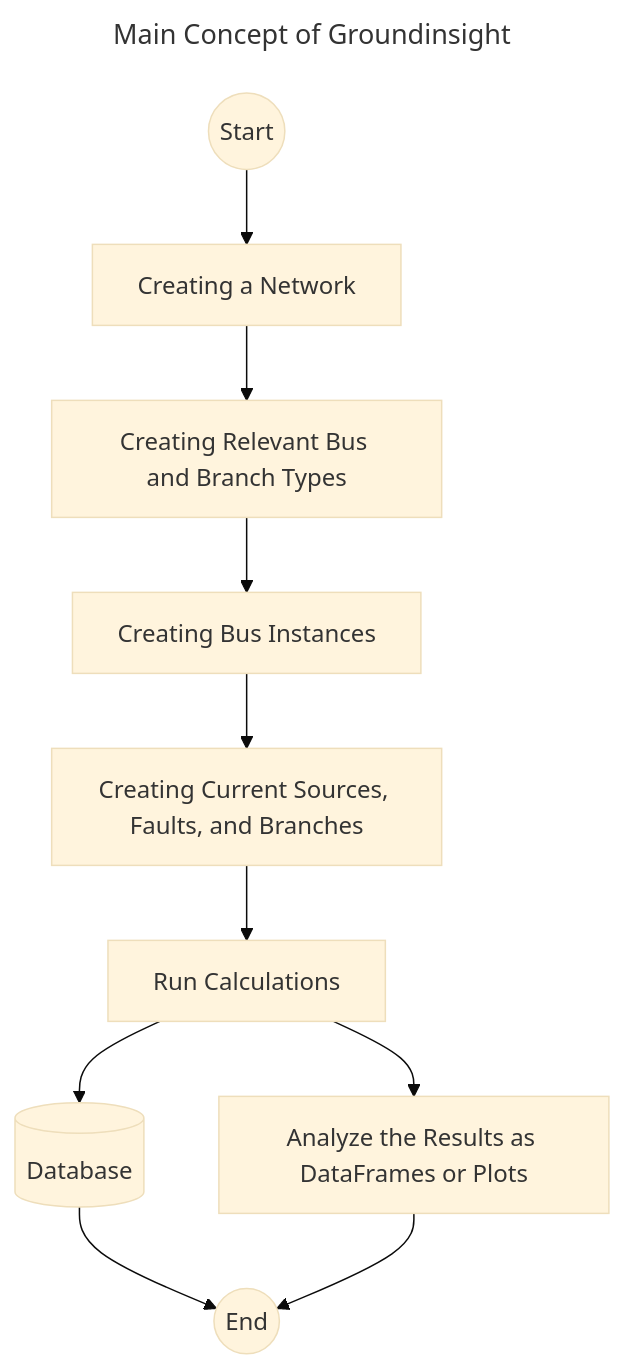
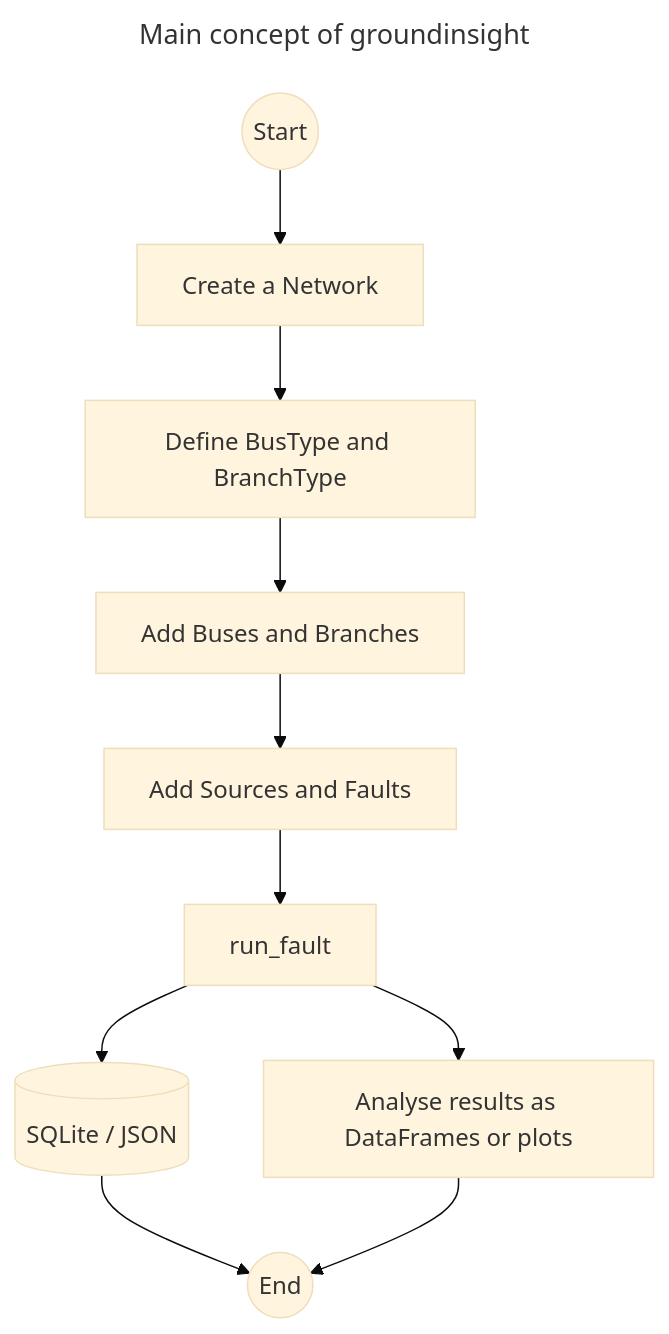
One commit to Ce1ectric/groundinsight changed the diagram in README.md. Above: the diagram before and after it, drawn with Mermaid (base theme). The commit also changed other lines of this file, not shown here.

````diff
--- a/README.md
+++ b/README.md
@@ -96,24 +166,24 @@
 ```mermaid
 ---
-title: Main Concept of Groundinsight
+title: Main concept of groundinsight
 ---
 flowchart TD
-	start((Start))
-	finish((End))
-	net[Creating a Network]
-	types[Creating Relevant Bus and Branch Types]
-	buses[Creating Bus Instances]
-	source[Creating Current Sources, Faults, and Branches]
-	db[(Database)]
-	run[Run Calculations]
-	analyze[Analyze the Results as DataFrames or Plots]
-	start --> net
-	net --> types
-	types --> buses
-	buses --> source
-	source --> run
-	run --> analyze
-	run --> db
-	db --> finish
-	analyze --> finish
+    start((Start))
+    finish((End))
+    net[Create a Network]
+    types[Define BusType and BranchType]
+    buses[Add Buses and Branches]
+    source[Add Sources and Faults]
+    db[(SQLite / JSON)]
+    run[run_fault]
+    analyze[Analyse results as DataFrames or plots]
+    start --> net
+    net --> types
+    types --> buses
+    buses --> source
+    source --> run
+    run --> analyze
+    run --> db
+    db --> finish
+    analyze --> finish
 ```
````
